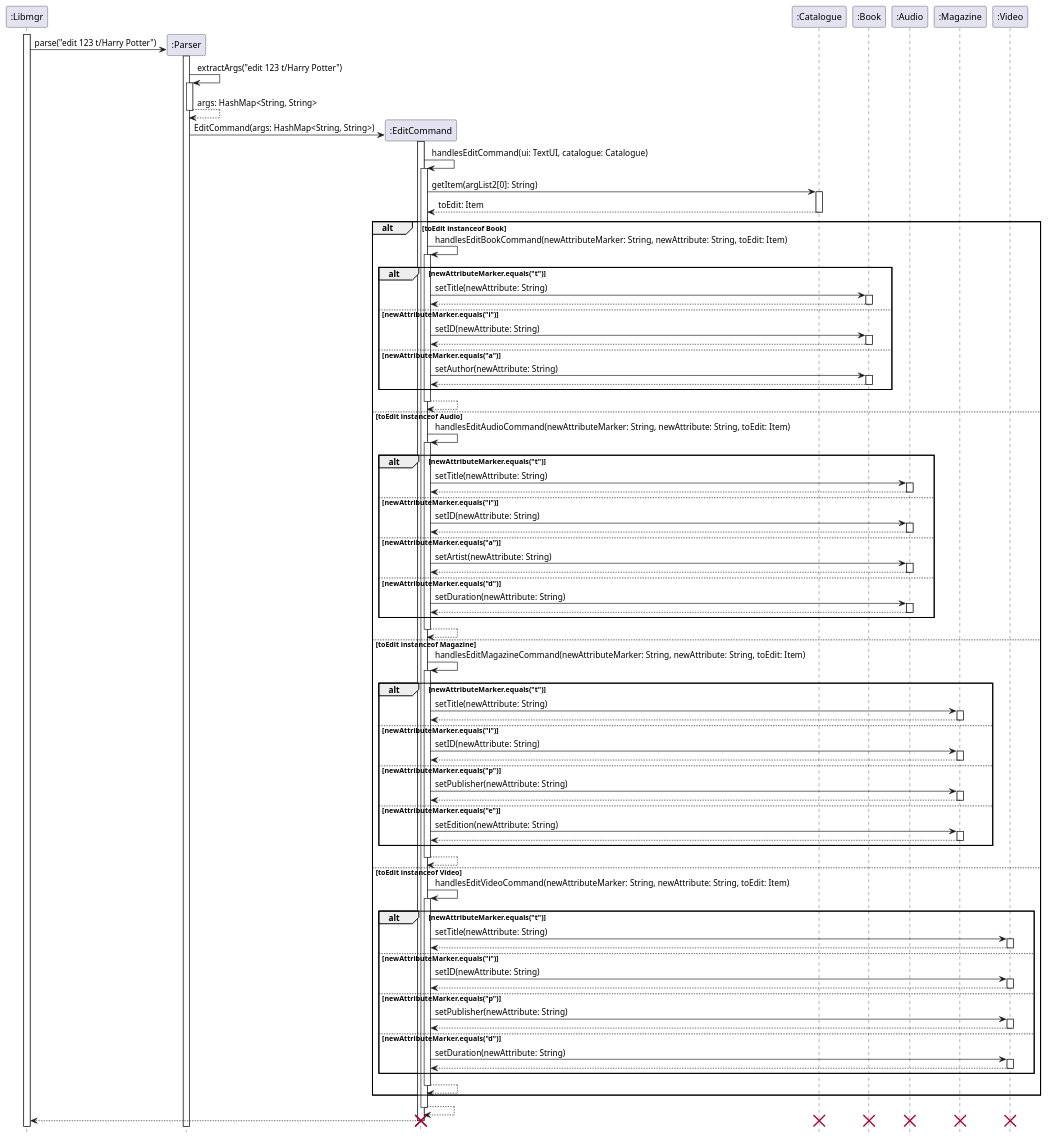
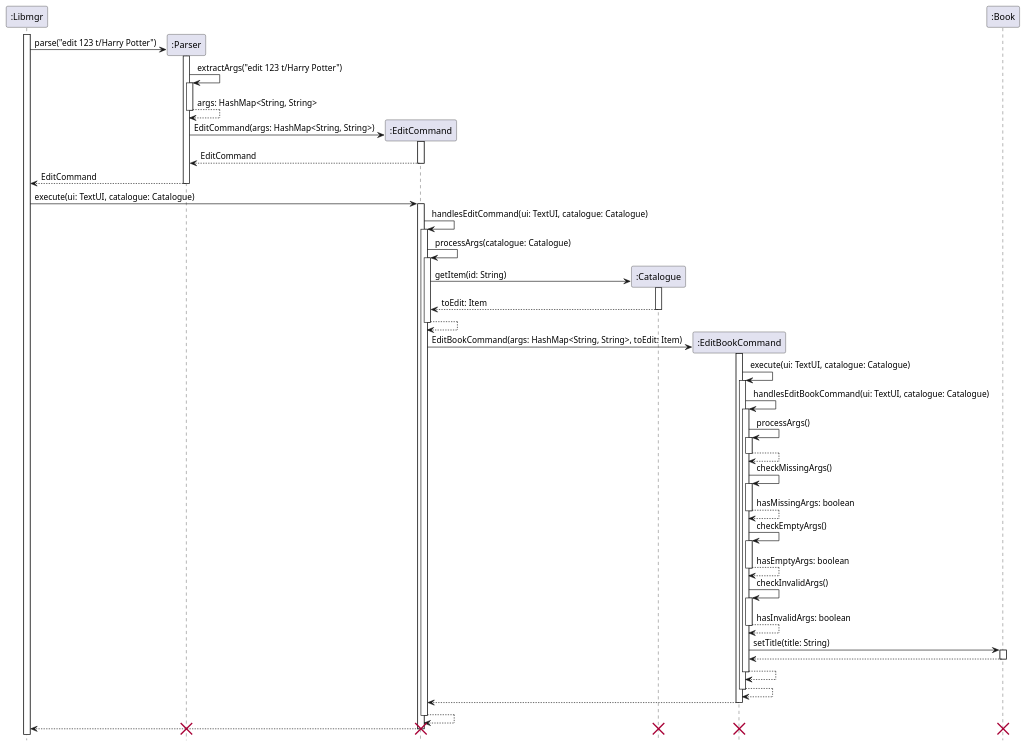
One commit to nus-cs2113-AY2122S1/tp changed the diagram in docs/diagrams/EditCommandSequence.puml. Above: the diagram before and after it, drawn with PlantUML.

Commit message:
Update Edit Command Sequence Diagram

```diff
--- a/docs/diagrams/EditCommandSequence.puml
+++ b/docs/diagrams/EditCommandSequence.puml
@@ -1,165 +1,94 @@
 @startuml
 'https://plantuml.com/sequence-diagram
 
 participant ":Libmgr" as Libmgr
 participant ":Parser" as Parser
 participant ":EditCommand" as EditCommand
 participant ":Catalogue" as Catalogue
+participant ":EditBookCommand" as EditBookCommand
 participant ":Book" as Book
-participant ":Audio" as Audio
-participant ":Magazine" as Magazine
-participant ":Video" as Video
 
 hide footbox
 
-
 activate Libmgr
+create Book
 create Parser
 Libmgr -> Parser: parse("edit 123 t/Harry Potter")
 activate Parser
 Parser -> Parser: extractArgs("edit 123 t/Harry Potter")
 activate Parser
 Parser --> Parser: args: HashMap<String, String>
 deactivate Parser
 create EditCommand
 Parser -> EditCommand: EditCommand(args: HashMap<String, String>)
 activate EditCommand
+EditCommand --> Parser: EditCommand
+deactivate EditCommand
+Parser --> Libmgr: EditCommand
+deactivate Parser
 
-
-
-
+Libmgr -> EditCommand: execute(ui: TextUI, catalogue: Catalogue)
+activate EditCommand
 EditCommand -> EditCommand: handlesEditCommand(ui: TextUI, catalogue: Catalogue)
 activate EditCommand
-EditCommand -> Catalogue: getItem(argList2[0]: String)
+EditCommand -> EditCommand: processArgs(catalogue: Catalogue)
+activate EditCommand
+create Catalogue
+EditCommand -> Catalogue: getItem(id: String)
 activate Catalogue
 Catalogue --> EditCommand: toEdit: Item
 deactivate Catalogue
+EditCommand --> EditCommand
+deactivate EditCommand
+create EditBookCommand
+EditCommand -> EditBookCommand: EditBookCommand(args: HashMap<String, String>, toEdit: Item)
+activate EditBookCommand
+EditBookCommand -> EditBookCommand: execute(ui: TextUI, catalogue: Catalogue)
+activate EditBookCommand
+EditBookCommand -> EditBookCommand: handlesEditBookCommand(ui: TextUI, catalogue: Catalogue)
+activate EditBookCommand
+EditBookCommand -> EditBookCommand: processArgs()
+activate EditBookCommand
+EditBookCommand --> EditBookCommand
+deactivate EditBookCommand
+EditBookCommand -> EditBookCommand: checkMissingArgs()
+activate EditBookCommand
+EditBookCommand --> EditBookCommand: hasMissingArgs: boolean
+deactivate EditBookCommand
+EditBookCommand -> EditBookCommand: checkEmptyArgs()
+activate EditBookCommand
+EditBookCommand --> EditBookCommand: hasEmptyArgs: boolean
+deactivate EditBookCommand
+EditBookCommand -> EditBookCommand: checkInvalidArgs()
+activate EditBookCommand
+EditBookCommand --> EditBookCommand: hasInvalidArgs: boolean
+deactivate EditBookCommand
 
-alt toEdit instanceof Book
-    EditCommand -> EditCommand: handlesEditBookCommand(newAttributeMarker: String, newAttribute: String, toEdit: Item)
-    activate EditCommand
+EditBookCommand -> Book: setTitle(title: String)
+activate Book
+Book --> EditBookCommand
+deactivate Book
 
-    alt newAttributeMarker.equals("t")
-        EditCommand -> Book: setTitle(newAttribute: String)
-        activate Book
-        Book --> EditCommand
-        deactivate Book
-    else newAttributeMarker.equals("i")
-        EditCommand -> Book: setID(newAttribute: String)
-        activate Book
-        Book --> EditCommand
-        deactivate Book
-    else newAttributeMarker.equals("a")
-        EditCommand -> Book: setAuthor(newAttribute: String)
-        activate Book
-        Book --> EditCommand
-        deactivate Book
-    end
+EditBookCommand --> EditBookCommand
+deactivate EditBookCommand
 
-    EditCommand --> EditCommand
-    deactivate EditCommand
+EditBookCommand --> EditBookCommand
+deactivate EditBookCommand
 
-else toEdit instanceof Audio
-    EditCommand -> EditCommand: handlesEditAudioCommand(newAttributeMarker: String, newAttribute: String, toEdit: Item)
-    activate EditCommand
-
-    alt newAttributeMarker.equals("t")
-        EditCommand -> Audio: setTitle(newAttribute: String)
-        activate Audio
-        Audio --> EditCommand
-        deactivate Audio
-    else newAttributeMarker.equals("i")
-        EditCommand -> Audio: setID(newAttribute: String)
-        activate Audio
-        Audio --> EditCommand
-        deactivate Audio
-    else newAttributeMarker.equals("a")
-        EditCommand -> Audio: setArtist(newAttribute: String)
-        activate Audio
-        Audio --> EditCommand
-        deactivate Audio
-    else newAttributeMarker.equals("d")
-        EditCommand -> Audio: setDuration(newAttribute: String)
-        activate Audio
-        Audio --> EditCommand
-        deactivate Audio
-    end
-
-    EditCommand --> EditCommand
-    deactivate EditCommand
-
-else toEdit instanceof Magazine
-    EditCommand -> EditCommand: handlesEditMagazineCommand(newAttributeMarker: String, newAttribute: String, toEdit: Item)
-    activate EditCommand
-
-    alt newAttributeMarker.equals("t")
-        EditCommand -> Magazine: setTitle(newAttribute: String)
-        activate Magazine
-        Magazine --> EditCommand
-        deactivate Magazine
-    else newAttributeMarker.equals("i")
-        EditCommand -> Magazine: setID(newAttribute: String)
-        activate Magazine
-        Magazine --> EditCommand
-        deactivate Magazine
-    else newAttributeMarker.equals("p")
-        EditCommand -> Magazine: setPublisher(newAttribute: String)
-        activate Magazine
-        Magazine --> EditCommand
-        deactivate Magazine
-    else newAttributeMarker.equals("e")
-        EditCommand -> Magazine: setEdition(newAttribute: String)
-        activate Magazine
-        Magazine --> EditCommand
-        deactivate Magazine
-    end
-
-    EditCommand --> EditCommand
-    deactivate EditCommand
-
-else toEdit instanceof Video
-    EditCommand -> EditCommand: handlesEditVideoCommand(newAttributeMarker: String, newAttribute: String, toEdit: Item)
-    activate EditCommand
-
-    alt newAttributeMarker.equals("t")
-        EditCommand -> Video: setTitle(newAttribute: String)
-        activate Video
-        Video --> EditCommand
-        deactivate Video
-    else newAttributeMarker.equals("i")
-        EditCommand -> Video: setID(newAttribute: String)
-        activate Video
-        Video --> EditCommand
-        deactivate Video
-    else newAttributeMarker.equals("p")
-        EditCommand -> Video: setPublisher(newAttribute: String)
-        activate Video
-        Video --> EditCommand
-        deactivate Video
-    else newAttributeMarker.equals("d")
-        EditCommand -> Video: setDuration(newAttribute: String)
-        activate Video
-        Video --> EditCommand
-        deactivate Video
-    end
-
-    EditCommand --> EditCommand
-    deactivate EditCommand
-end
+EditBookCommand --> EditCommand
+deactivate EditBookCommand
 
 EditCommand --> EditCommand
 deactivate EditCommand
 
 EditCommand --> Libmgr
 deactivate EditCommand
 
 destroy Book
-destroy Audio
-destroy Magazine
-destroy Video
 destroy EditCommand
 destroy Catalogue
-destroy EditCommand
+destroy EditBookCommand
+destroy Parser
 
 
 @enduml
```
